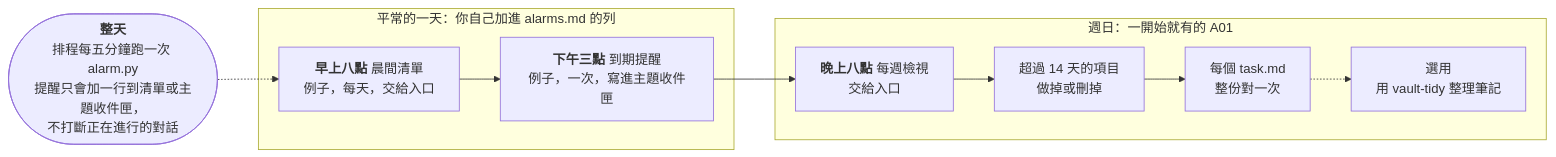
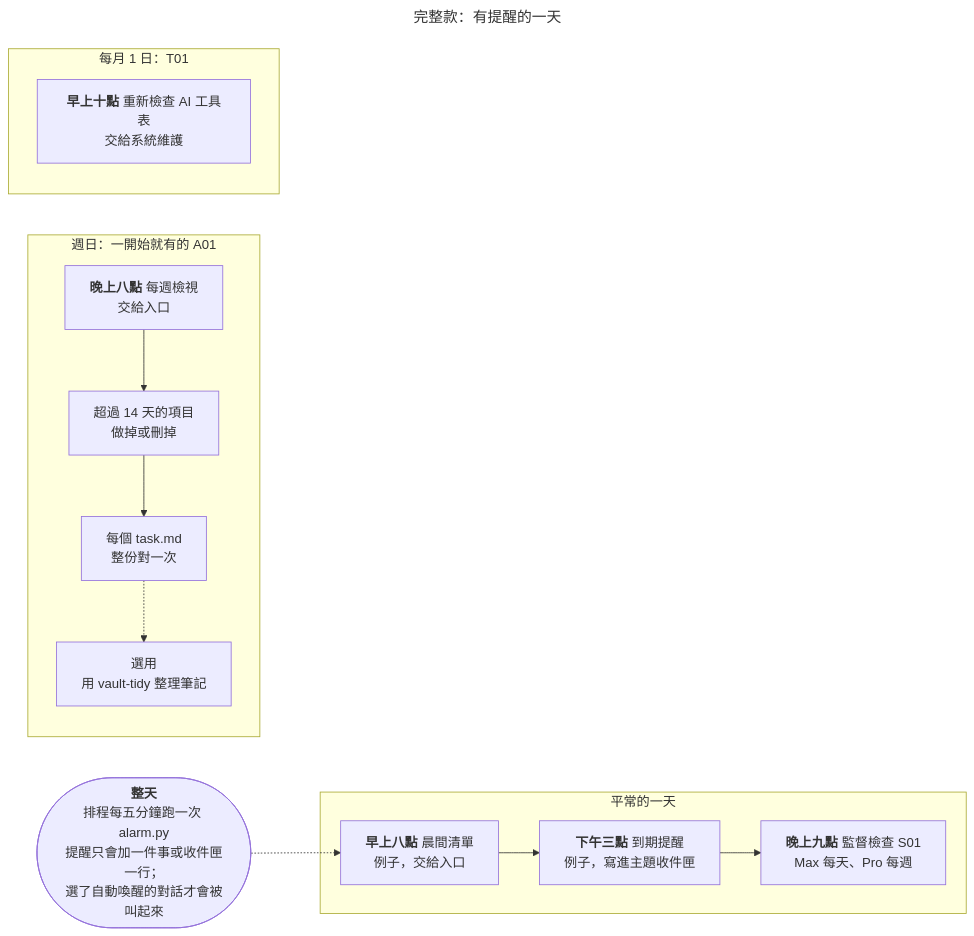
The fourth of 6 diagrams in docs/zh-TW/進階功能.md (0Smallcat0/second-brain-kit), drawn with Mermaid before and after one commit. The commit also changed other lines of this file and 48 other files, not shown here.

````diff
--- a/docs/zh-TW/進階功能.md
+++ b/docs/zh-TW/進階功能.md
@@ -121,13 +173,19 @@
 ```mermaid
+---
+title: "完整款：有提醒的一天"
+---
 flowchart LR
-  Tick(["<b>整天</b><br/>排程每五分鐘跑一次 alarm.py<br/>提醒只會加一行到清單或主題收件匣，<br/>不打斷正在進行的對話"])
+  Tick(["<b>整天</b><br/>排程每五分鐘跑一次 alarm.py<br/>提醒只會加一件事或收件匣一行；<br/>選了自動喚醒的對話才會被叫起來"])
   Tick -.-> M
-  subgraph Day["平常的一天：你自己加進 alarms.md 的列"]
-    M["<b>早上八點</b> 晨間清單<br/>例子，每天，交給入口"] --> R["<b>下午三點</b> 到期提醒<br/>例子，一次，寫進主題收件匣"]
+  subgraph Day["平常的一天"]
+    M["<b>早上八點</b> 晨間清單<br/>例子，交給入口"] --> R["<b>下午三點</b> 到期提醒<br/>例子，寫進主題收件匣"]
+    R --> SV["<b>晚上九點</b> 監督檢查 S01<br/>Max 每天、Pro 每週"]
   end
-  R --> W
   subgraph Sun["週日：一開始就有的 A01"]
     W["<b>晚上八點</b> 每週檢視<br/>交給入口"] --> W1["超過 14 天的項目<br/>做掉或刪掉"] --> W2["每個 task.md<br/>整份對一次"]
     W2 -.-> W3["選用<br/>用 vault-tidy 整理筆記"]
   end
+  subgraph Month["每月 1 日：T01"]
+    T1["<b>早上十點</b> 重新檢查 AI 工具表<br/>交給系統維護"]
+  end
 ```
````
